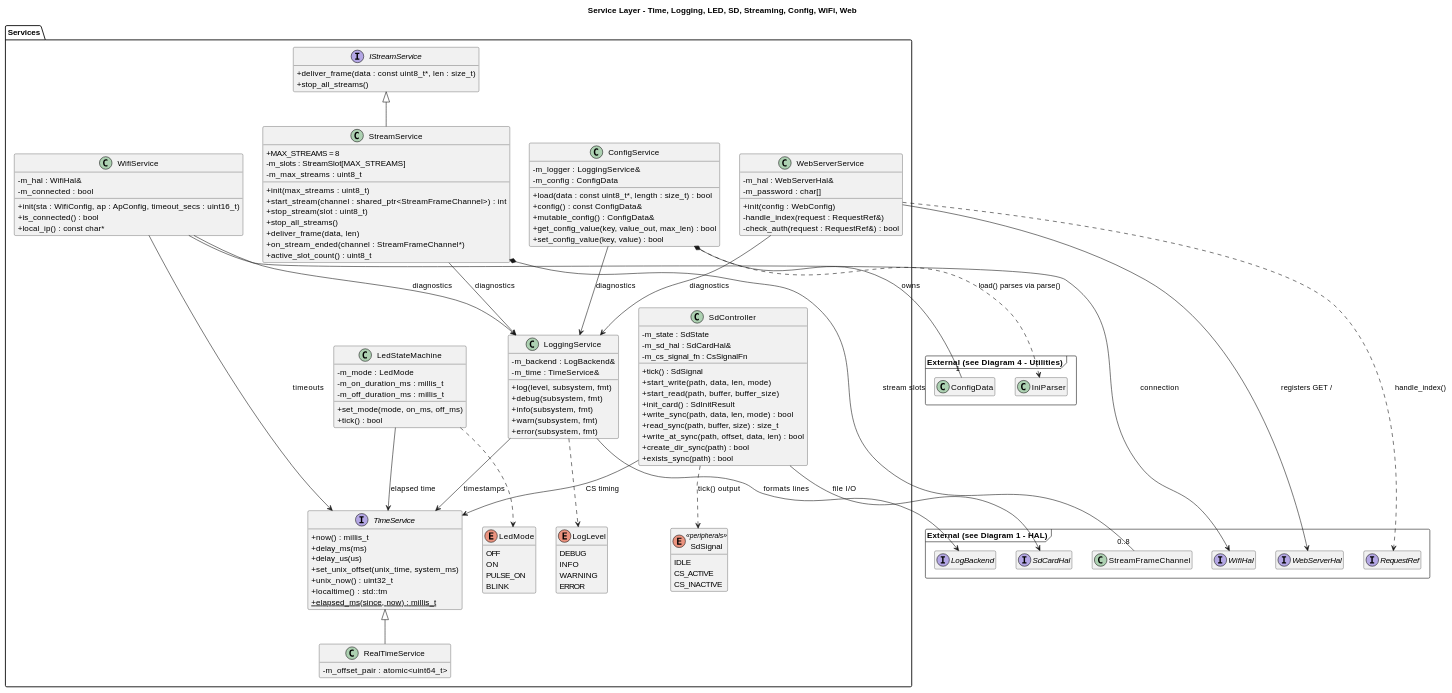
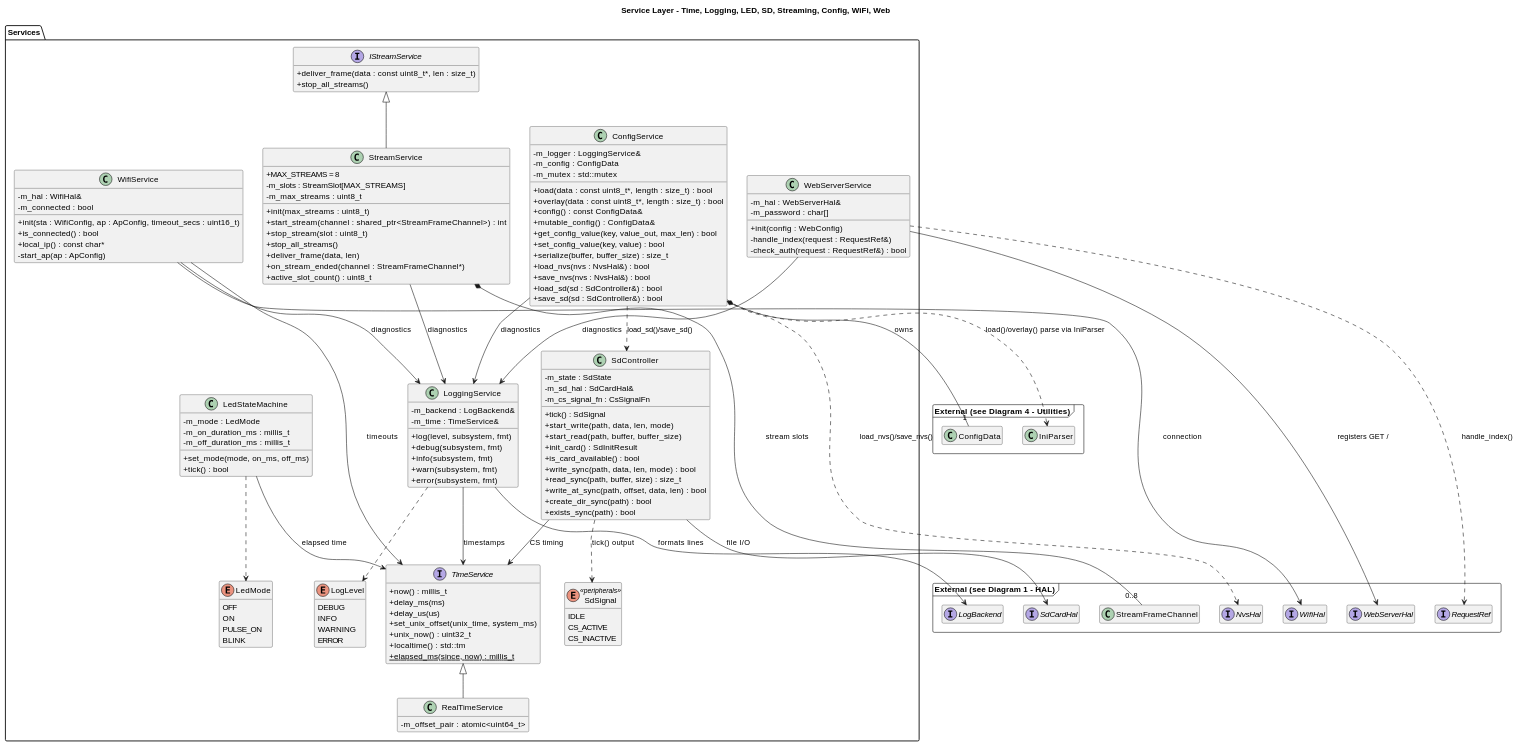
The second of 9 diagrams in docs/SYSTEM_DESIGN.md (timwalsh41/micro-security-cam), drawn with PlantUML before and after one commit. The commit also changed other lines of this file and 33 other files, not shown here.

```diff
--- a/docs/SYSTEM_DESIGN.md
+++ b/docs/SYSTEM_DESIGN.md
@@ -380,6 +395,7 @@
         +start_write(path, data, len, mode)
         +start_read(path, buffer, buffer_size)
         +init_card() : SdInitResult
+        +is_card_available() : bool
         +write_sync(path, data, len, mode) : bool
         +read_sync(path, buffer, size) : size_t
         +write_at_sync(path, offset, data, len) : bool
@@ -408,11 +424,18 @@
     class ConfigService {
         -m_logger : LoggingService&
         -m_config : ConfigData
+        -m_mutex : std::mutex
         +load(data : const uint8_t*, length : size_t) : bool
+        +overlay(data : const uint8_t*, length : size_t) : bool
         +config() : const ConfigData&
         +mutable_config() : ConfigData&
         +get_config_value(key, value_out, max_len) : bool
         +set_config_value(key, value) : bool
+        +serialize(buffer, buffer_size) : size_t
+        +load_nvs(nvs : NvsHal&) : bool
+        +save_nvs(nvs : NvsHal&) : bool
+        +load_sd(sd : SdController&) : bool
+        +save_sd(sd : SdController&) : bool
     }
 
     class WifiService {
@@ -421,6 +444,7 @@
         +init(sta : WifiConfig, ap : ApConfig, timeout_secs : uint16_t)
         +is_connected() : bool
         +local_ip() : const char*
+        -start_ap(ap : ApConfig)
     }
 
     class WebServerService {
@@ -435,6 +459,7 @@
 package "External (see Diagram 1 - HAL)" <<Frame>> {
     interface LogBackend_ext as "LogBackend"
     interface SdCardHal_ext as "SdCardHal"
+    interface NvsHal_ext as "NvsHal"
     interface WifiHal_ext as "WifiHal"
     interface WebServerHal_ext as "WebServerHal"
     interface RequestRef_ext as "RequestRef"
@@ -461,7 +486,9 @@
 StreamService --> LoggingService : diagnostics
 ConfigService --> LoggingService : diagnostics
 ConfigService *-- "1" ConfigData_ext : owns
-ConfigService ..> IniParser_ext : load() parses via parse()
+ConfigService ..> IniParser_ext : load()/overlay() parse via IniParser
+ConfigService ..> NvsHal_ext : load_nvs()/save_nvs()
+ConfigService ..> SdController : load_sd()/save_sd()
 WifiService --> WifiHal_ext : connection
 WifiService --> TimeService : timeouts
 WifiService --> LoggingService : diagnostics
```
